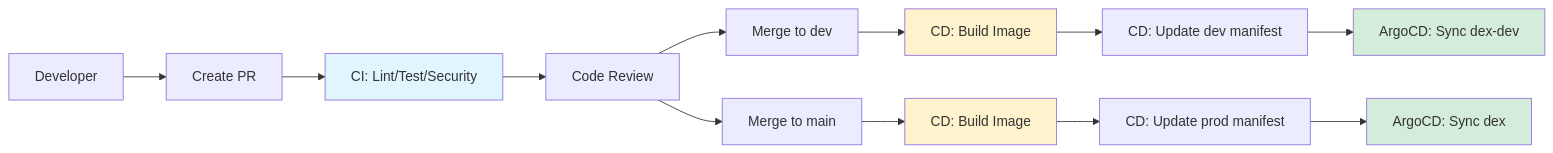
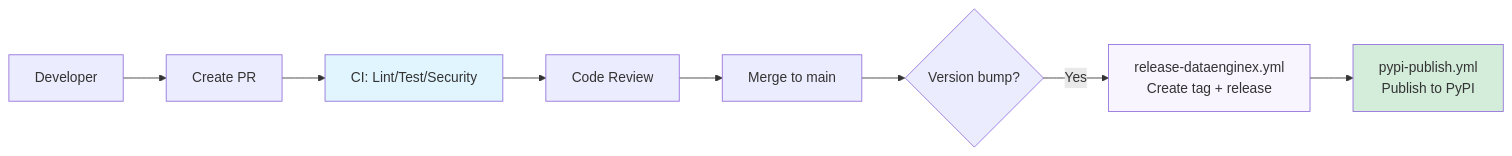
Before and after one commit to TheDataEngineX/dex: the diagram in docs/CI_CD.md, drawn with Mermaid. The commit also changed other lines of this file and 279 other files, not shown here.

````diff
--- a/docs/CI_CD.md
+++ b/docs/CI_CD.md
@@ -38,22 +34,15 @@
 ```mermaid
 graph LR
     Dev[Developer] --> PR[Create PR]
     PR --> CI[CI: Lint/Test/Security]
     CI --> Review[Code Review]
-    Review --> MergeDev[Merge to dev]
     Review --> MergeMain[Merge to main]
 
-    MergeDev --> BuildDev[CD: Build Image]
-    BuildDev --> UpdateDev[CD: Update dev manifest]
-    UpdateDev --> ArgoDev[ArgoCD: Sync dex-dev]
-
-    MergeMain --> BuildMain[CD: Build Image]
-    BuildMain --> UpdateMain[CD: Update prod manifest]
-    UpdateMain --> ArgoMain[ArgoCD: Sync dex]
+    MergeMain --> VersionBump{Version bump?}
+    VersionBump -->|Yes| Release[release-dataenginex.yml<br/>Create tag + release]
+    Release --> PyPI[pypi-publish.yml<br/>Publish to PyPI]
 
     style CI fill:#e1f5ff
-    style BuildDev fill:#fff3cd
-    style BuildMain fill:#fff3cd
-    style ArgoDev fill:#d4edda
-    style ArgoMain fill:#d4edda
+    style Release fill:#f8f5ff
+    style PyPI fill:#d4edda
 ```
````
